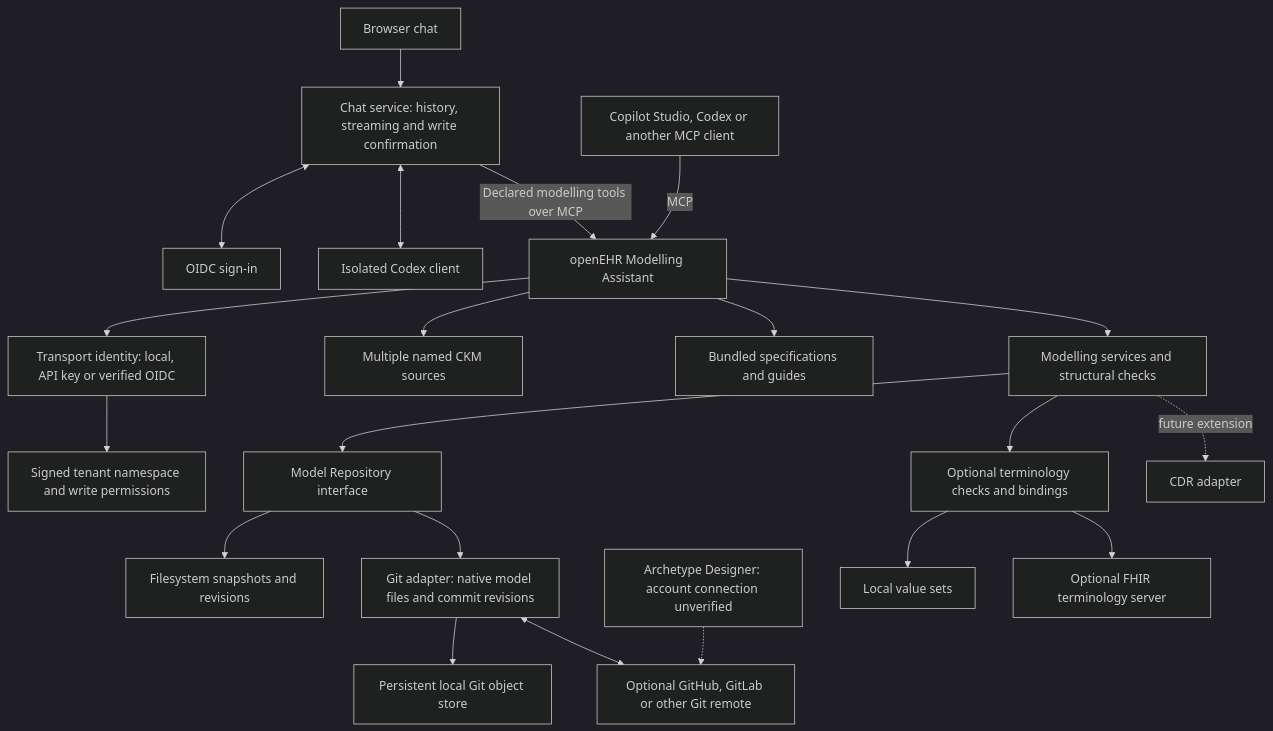
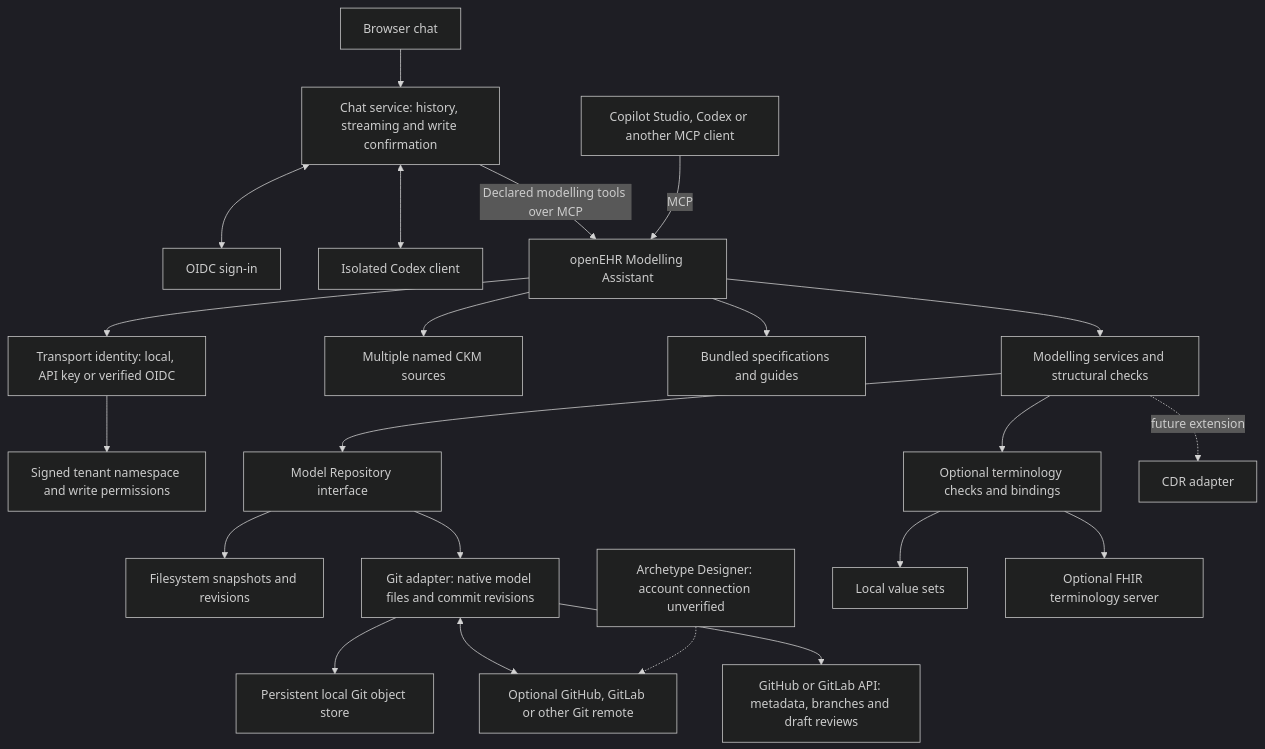
One commit to CzarMich/openehr-modelling-assistant changed the first of 2 diagrams in README.md. Above: the diagram before and after it, drawn with Mermaid (dark theme). The commit also changed other lines of this file and 50 other files, not shown here.

Commit message:
feat(repository): add GitHub and GitLab draft review capabilities

````diff
--- a/README.md
+++ b/README.md
@@ -85,23 +85,24 @@
 ```mermaid
 flowchart TD
     U[Browser chat] --> W[Chat service: history, streaming and write confirmation]
     W <--> I[OIDC sign-in]
     W <--> AIC[Isolated Codex client]
     W -->|Declared modelling tools over MCP| S[openEHR Modelling Assistant]
     M[Copilot Studio, Codex or another MCP client] -->|MCP| S[openEHR Modelling Assistant]
     S --> ID[Transport identity: local, API key or verified OIDC]
     ID --> TEN[Signed tenant namespace and write permissions]
     S --> K[Multiple named CKM sources]
     S --> B[Bundled specifications and guides]
     S --> D[Modelling services and structural checks]
     D --> R[Model Repository interface]
     R --> F[Filesystem snapshots and revisions]
     R --> G[Git adapter: native model files and commit revisions]
     G --> O[Persistent local Git object store]
     G <--> H[Optional GitHub, GitLab or other Git remote]
+    G --> HP[GitHub or GitLab API: metadata, branches and draft reviews]
     A[Archetype Designer: account connection unverified] -.-> H
     D --> T[Optional terminology checks and bindings]
     T --> L[Local value sets]
     T --> E[Optional FHIR terminology server]
     D -. future extension .-> C[CDR adapter]
 ```
````
